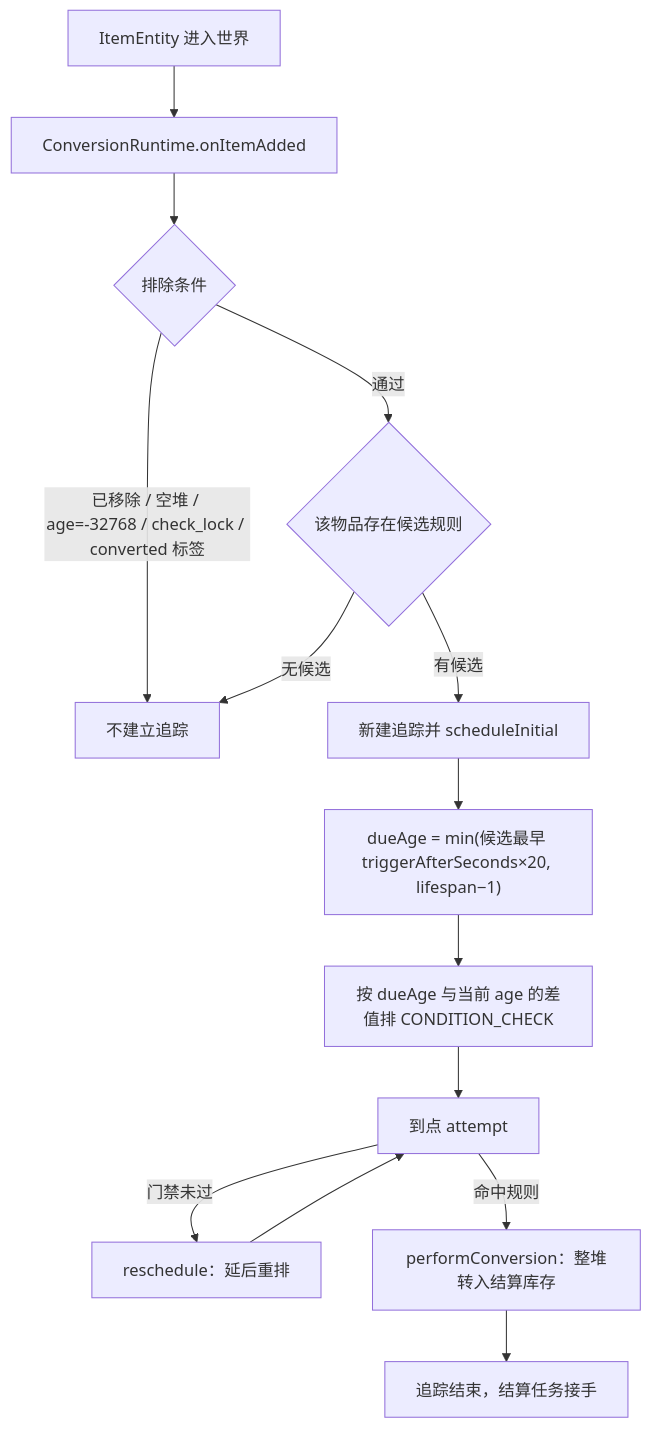
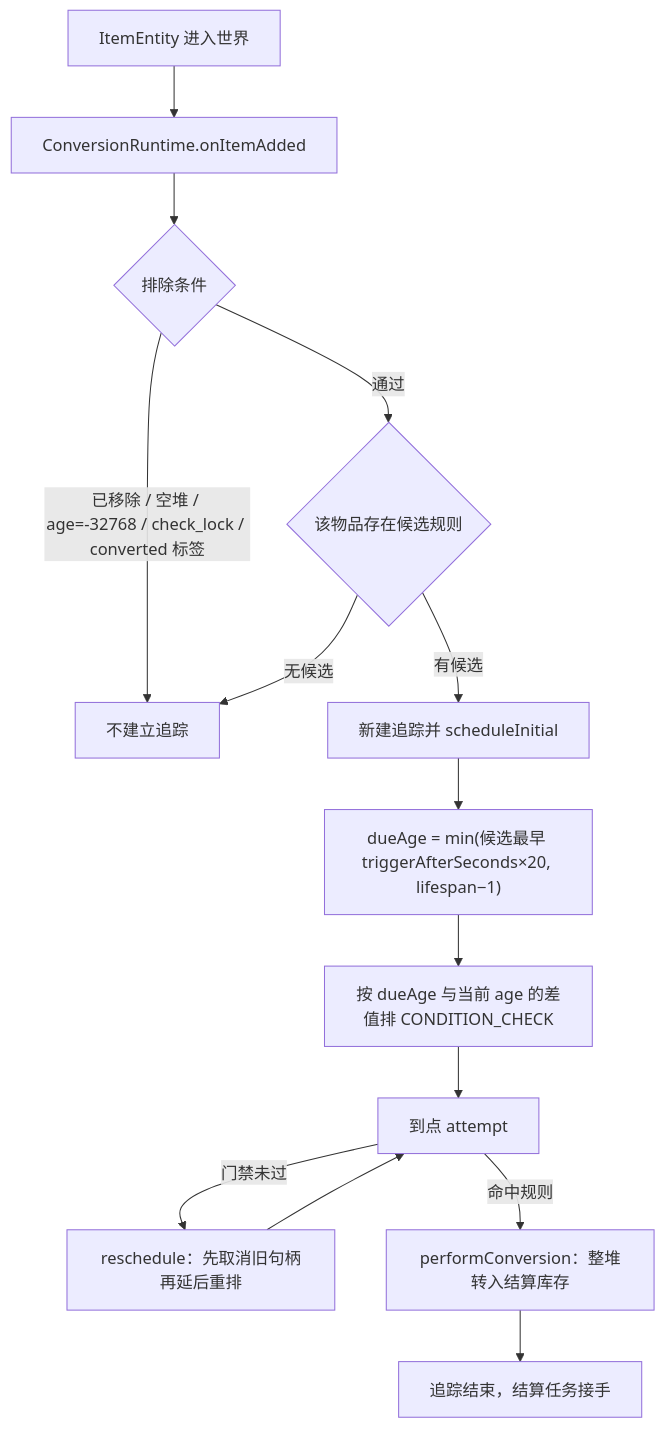
Before and after one commit to meteoritel/item-despawn-to-what: the second of 3 diagrams in docs/modules/conversion-runtime.md, drawn with Mermaid. The commit also changed other lines of this file and 3 other files, not shown here.

````diff
--- a/docs/modules/conversion-runtime.md
+++ b/docs/modules/conversion-runtime.md
@@ -87,16 +87,16 @@
 ```mermaid
 flowchart TB
     A["ItemEntity 进入世界"] --> B["ConversionRuntime.onItemAdded"]
     B --> C{"排除条件"}
     C -->|"已移除 / 空堆 / age=-32768 / check_lock / converted 标签"| X["不建立追踪"]
     C -->|"通过"| D{"该物品存在候选规则"}
     D -->|"无候选"| X
     D -->|"有候选"| E["新建追踪并 scheduleInitial"]
     E --> F["dueAge = min(候选最早 triggerAfterSeconds×20, lifespan−1)"]
     F --> G["按 dueAge 与当前 age 的差值排 CONDITION_CHECK"]
     G --> H["到点 attempt"]
-    H -->|"门禁未过"| I["reschedule：延后重排"]
+    H -->|"门禁未过"| I["reschedule：先取消旧句柄再延后重排"]
     I --> H
     H -->|"命中规则"| J["performConversion：整堆转入结算库存"]
     J --> K["追踪结束，结算任务接手"]
 ```
````
